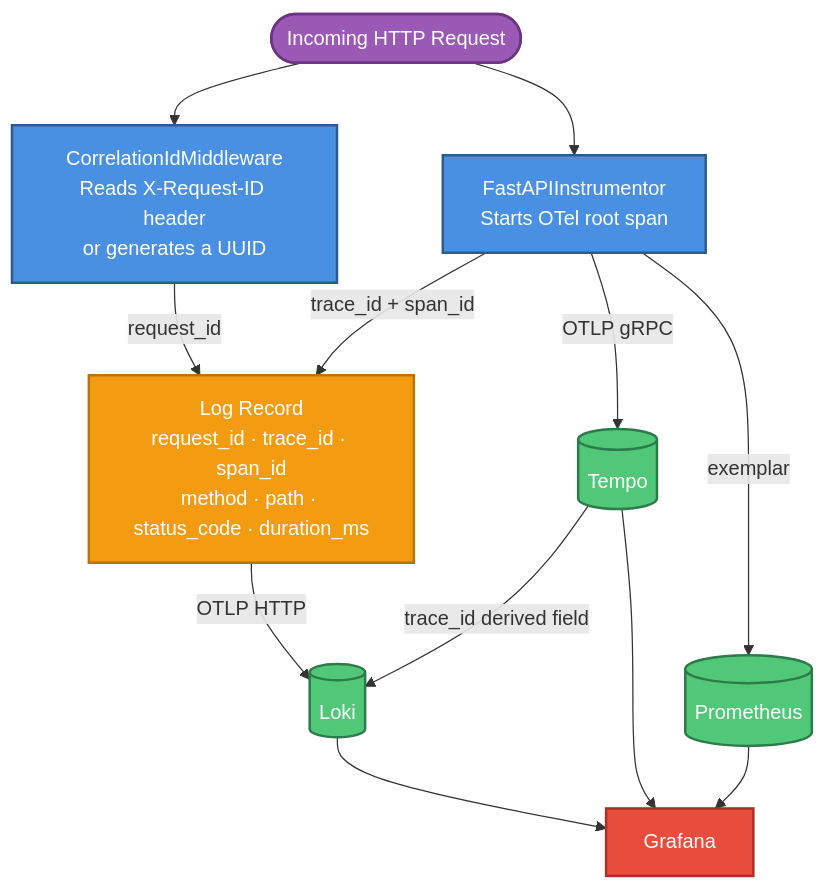
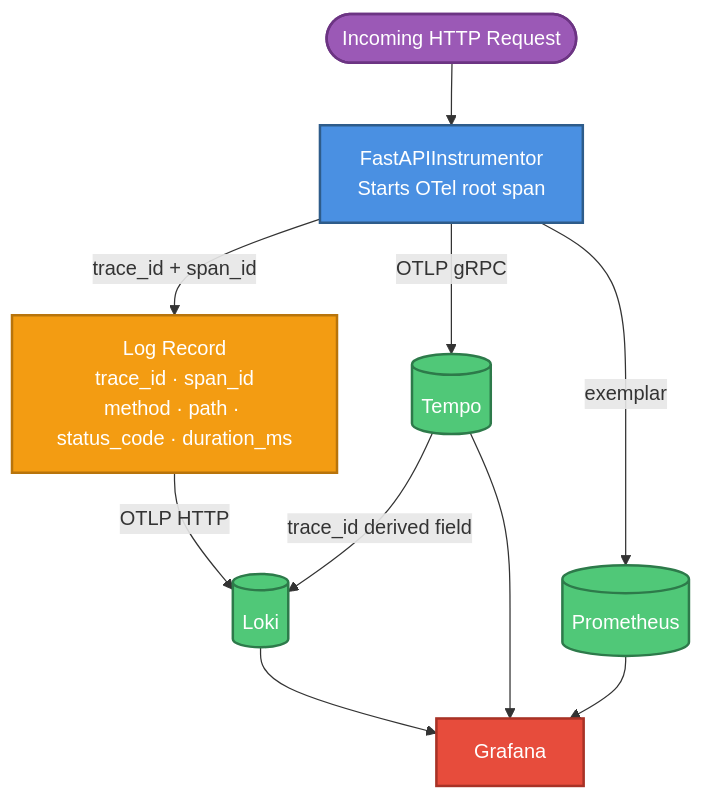
The fifth of 5 diagrams in README.md (mouakos/fastapi-monitoring-observability), drawn with Mermaid before and after one commit. The commit also changed other lines of this file and 8 other files, not shown here.

````diff
--- a/README.md
+++ b/README.md
@@ -646,31 +637,29 @@
 ```mermaid
 graph TB
     req(["Incoming HTTP Request"])
 
-    req --> cid["CorrelationIdMiddleware<br/>Reads X-Request-ID header<br/>or generates a UUID"]
     req --> inst["FastAPIInstrumentor<br/>Starts OTel root span"]
 
-    cid -- "request_id" --> logline["Log Record<br/>request_id · trace_id · span_id<br/>method · path · status_code · duration_ms"]
-    inst -- "trace_id + span_id" --> logline
+    inst -- "trace_id + span_id" --> logline["Log Record<br/>trace_id · span_id<br/>method · path · status_code · duration_ms"]
 
     inst -- "OTLP gRPC" --> tempo[("Tempo")]
     logline -- "OTLP HTTP" --> loki[("Loki")]
     inst -- "exemplar" --> prom[("Prometheus")]
 
     tempo -- "trace_id derived field" --> loki
     tempo --> grafana["Grafana"]
     loki   --> grafana
     prom   --> grafana
 
     classDef request   fill:#9b59b6,stroke:#6c3483,stroke-width:2px,color:#fff
     classDef app       fill:#4a90e2,stroke:#2e5c8a,stroke-width:2px,color:#fff
     classDef pipeline  fill:#f39c12,stroke:#b8740b,stroke-width:2px,color:#fff
     classDef storage   fill:#50c878,stroke:#2d7a4a,stroke-width:2px,color:#fff
     classDef viz       fill:#e74c3c,stroke:#a83226,stroke-width:2px,color:#fff
 
     class req request
-    class cid,inst app
+    class inst app
     class logline pipeline
     class tempo,loki,prom storage
     class grafana viz
 ```
````
